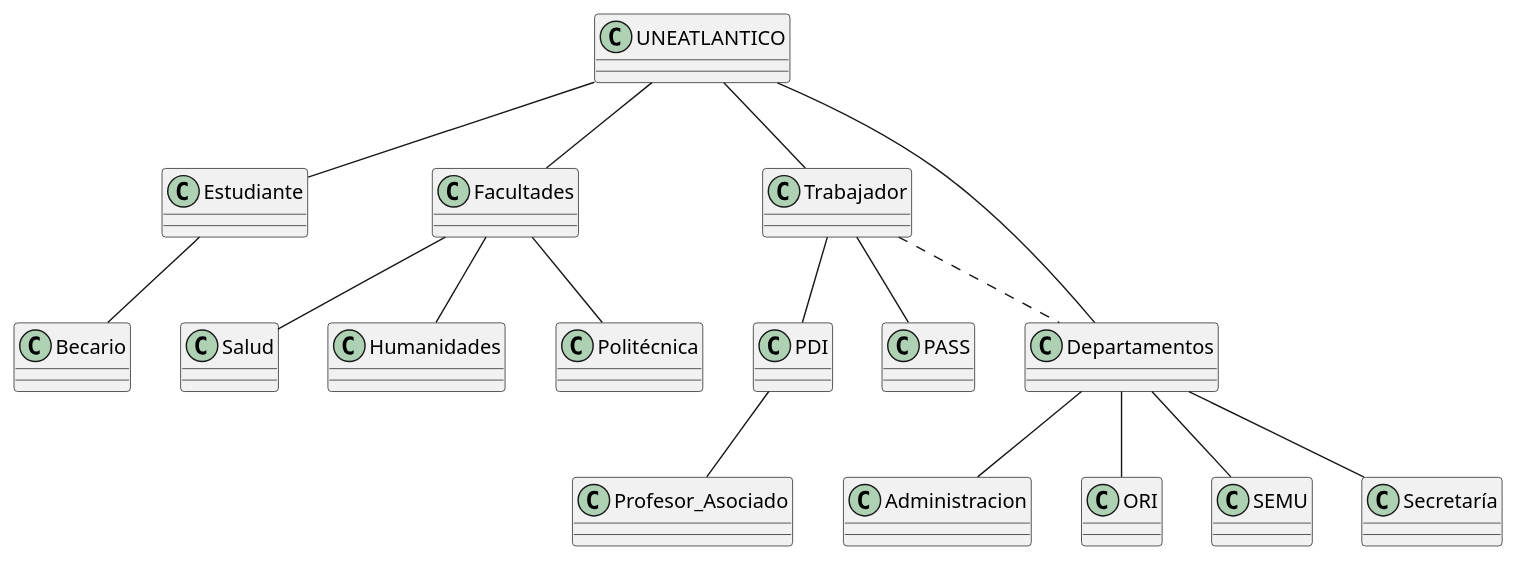
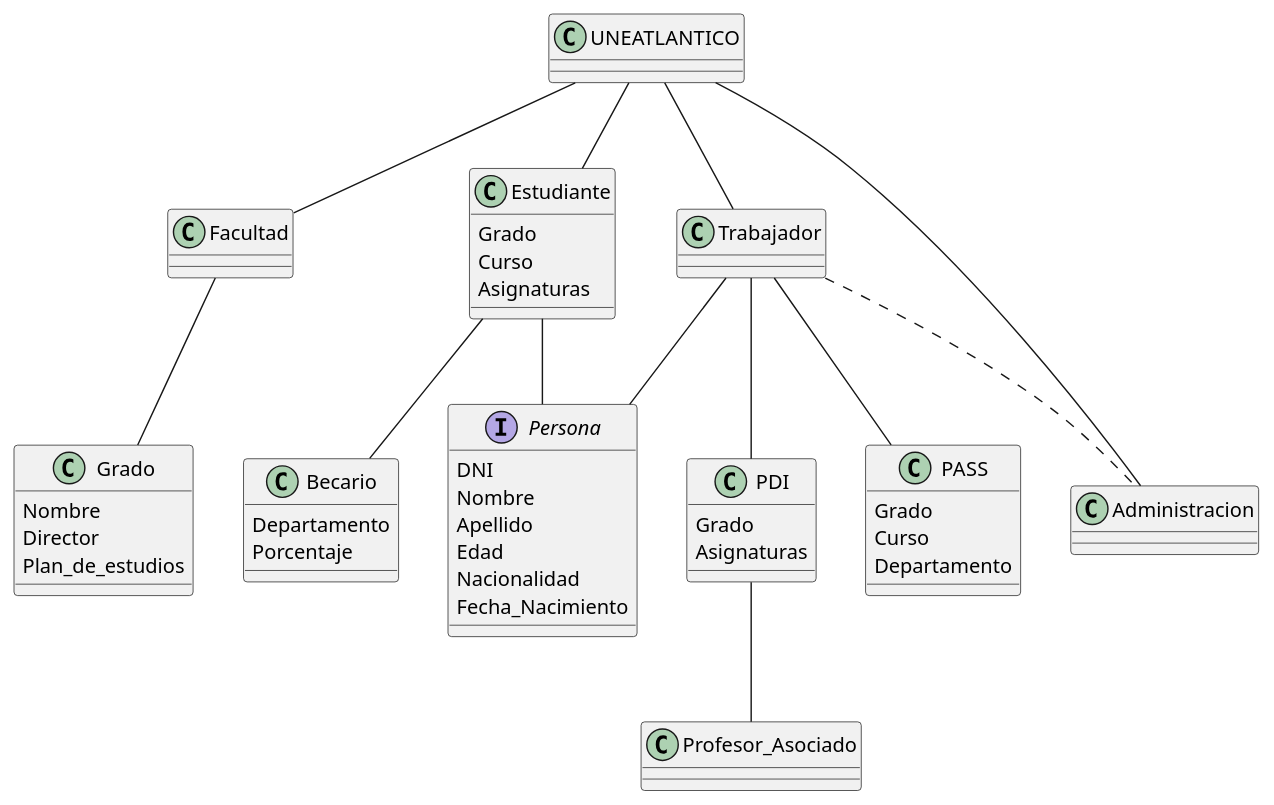
One commit to mmasias/23-24-idsw1 changed the diagram in entregas/quiñonezJorge/universidad.puml. Above: the diagram before and after it, drawn with PlantUML.

Commit message:
feature: domain model with class atributes

```diff
--- a/entregas/quiñonezJorge/universidad.puml
+++ b/entregas/quiñonezJorge/universidad.puml
@@ -1,37 +1,54 @@
 @startuml universidad
 
-class UNEATLANTICO
-class Estudiante
-class PDI
-class PASS
-class Becario
-class Facultades
+class UNEATLANTICO{
+   
+}
+class Estudiante{
+   Grado
+   Curso
+   Asignaturas
+}
+class PDI {
+   Grado
+   Asignaturas
+}
+class PASS {
+   Grado
+   Curso
+   Departamento
+}
+class Becario {
+   Departamento
+   Porcentaje
+}
+class Facultad
 class Profesor_Asociado
 class Trabajador
-class Salud
-class Humanidades
-class Politécnica
-class Departamentos
+class Grado {
+   Nombre
+   Director
+   Plan_de_estudios
+}
 class Administracion
-class ORI
-class SEMU
-class Secretaría
-
+interface Persona{
+   DNI
+   Nombre
+   Apellido
+   Edad
+   Nacionalidad
+   Fecha_Nacimiento
+}
 UNEATLANTICO -- Trabajador
 UNEATLANTICO -- Estudiante
-UNEATLANTICO -- Facultades
-UNEATLANTICO -- Departamentos
-Trabajador .. Departamentos
+UNEATLANTICO -- Facultad
+UNEATLANTICO -- Administracion
+Trabajador -- Persona
+Trabajador .. Administracion
 Trabajador -- PDI
 Trabajador -- PASS
-Departamentos -- Administracion
-Departamentos -- ORI
-Departamentos -- SEMU
-Departamentos -- Secretaría
+Estudiante -- Persona
 Estudiante -- Becario
 PDI -- Profesor_Asociado
-Facultades -- Salud
-Facultades -- Humanidades
-Facultades -- Politécnica
+Facultad -- Grado
 
 @enduml
```
